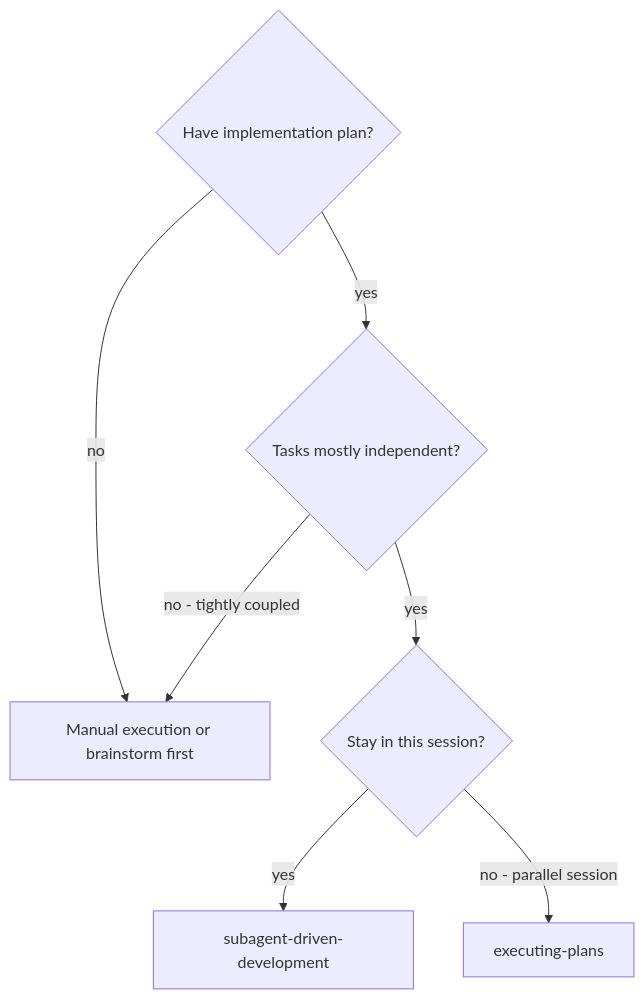
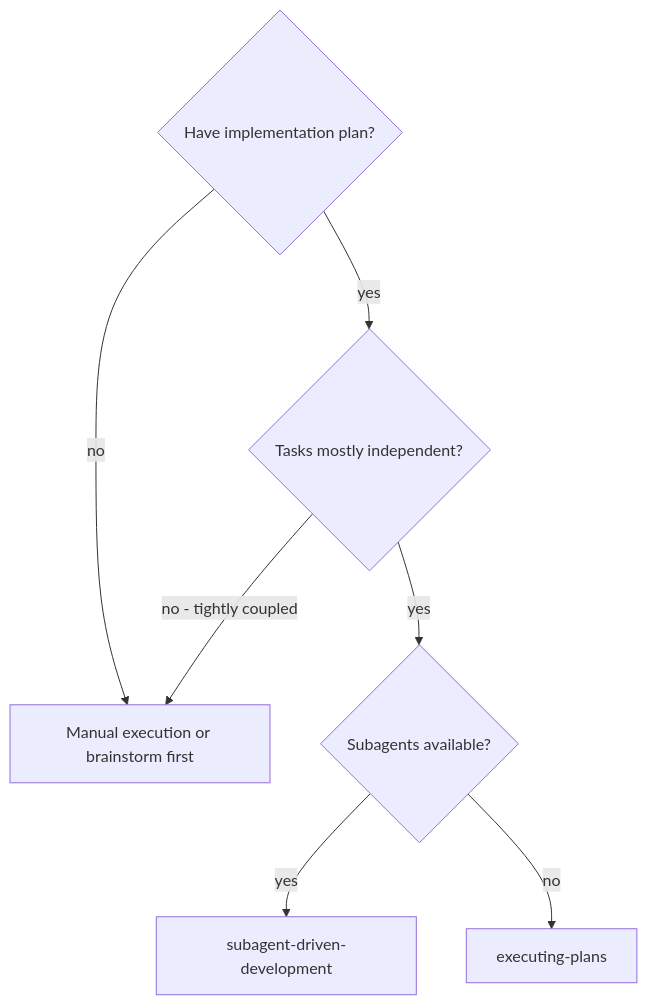
Before and after one commit to audacioustux/agents: the first of 2 diagrams in .agents/skills/subagent-driven-development/SKILL.md, drawn with Mermaid. The commit also changed other lines of this file and 11 other files, not shown here.

````diff
--- a/.agents/skills/subagent-driven-development/SKILL.md
+++ b/.agents/skills/subagent-driven-development/SKILL.md
@@ -31,9 +31,9 @@
 ```mermaid
 flowchart TD
     N1{"Have implementation plan?"} -->|"yes"| N2{"Tasks mostly independent?"}
     N1 -->|"no"| N3["Manual execution or brainstorm first"]
-    N2 -->|"yes"| N4{"Stay in this session?"}
+    N2 -->|"yes"| N4{"Subagents available?"}
     N2 -->|"no - tightly coupled"| N3
     N4 -->|"yes"| N5["subagent-driven-development"]
-    N4 -->|"no - parallel session"| N6["`executing-plans`"]
+    N4 -->|"no"| N6["`executing-plans`"]
 ```
````
